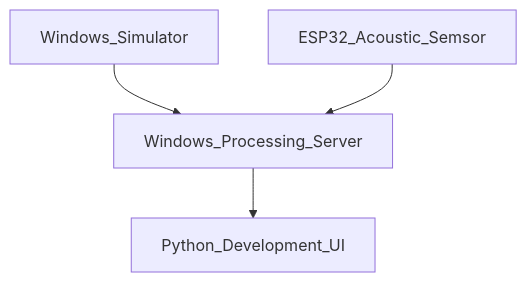
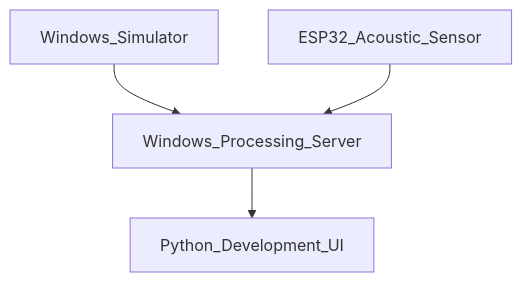
Before and after one commit to Sense-Scape/.github: the diagram in profile/System Outline.md, drawn with Mermaid.

Commit message:
Update System Outline.md

````diff
--- a/profile/System Outline.md
+++ b/profile/System Outline.md
@@ -7,11 +7,11 @@
 ``` mermaid
   graph TD;
   Windows_Simulator-->Windows_Processing_Server;
-  ESP32_Acoustic_Semsor-->Windows_Processing_Server;
+  ESP32_Acoustic_Sensor-->Windows_Processing_Server;
   Windows_Processing_Server-->Python_Development_UI;
 
   click Windows_Simulator "https://github.com/Sense-Scape/Windows_Sensor_Sim" "Go to";
-  click ESP32_Acoustic_Semsor "https://github.com/Sense-Scape/Acoustic_Sensor_ESP32" "Go to";
+  click ESP32_Acoustic_Sensor "https://github.com/Sense-Scape/Acoustic_Sensor_ESP32" "Go to";
   click Windows_Processing_Server "https://github.com/Sense-Scape/Windows_Proc_Serv" "Go to";
   click Python_Development_UI "https://github.com/Sense-Scape/Py_Dev_UI" "Go to";
 ```
````
